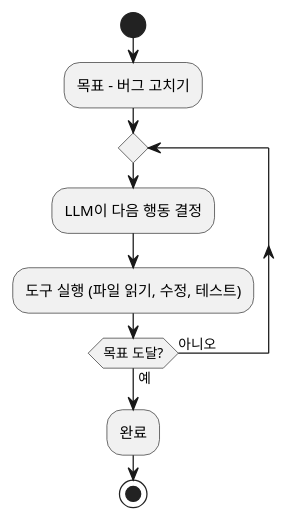
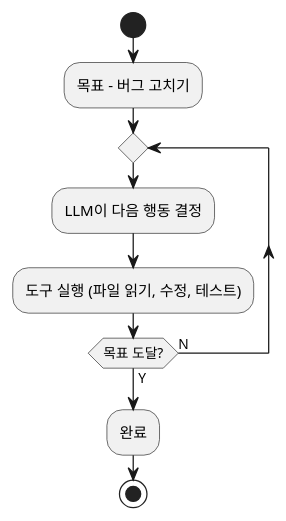
Before and after one commit to johnycho/johny-dev: the second of 3 diagrams in blog/2026-08-05-ai-concepts-llm-agent-mcp.mdx, drawn with PlantUML. The commit also changed 70 other files, not shown here.

````diff
--- a/blog/2026-08-05-ai-concepts-llm-agent-mcp.mdx
+++ b/blog/2026-08-05-ai-concepts-llm-agent-mcp.mdx
@@ -98,12 +98,12 @@
 ```plantuml
 @startuml
 start
 :목표 - 버그 고치기;
 repeat
   :LLM이 다음 행동 결정;
   :도구 실행 (파일 읽기, 수정, 테스트);
-repeat while (목표 도달?) is (아니오) not (예)
+repeat while (목표 도달?) is (N) not (Y)
 :완료;
 stop
 @enduml
 ```
````
